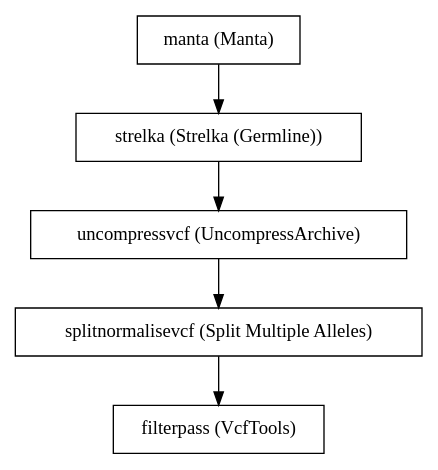
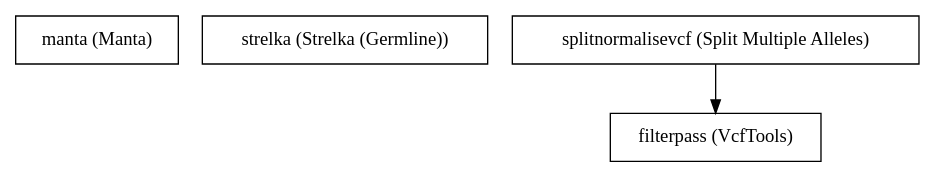
One commit to PMCC-BioinformaticsCore/janis changed the diagram in docs/tools/bioinformatics/variant callers/strelkaGermlineVariantCaller_v0_1_1.dot. Above: the diagram before and after it, drawn with Graphviz. The commit also changed 659 other files, not shown here.

```diff
--- a/docs/tools/bioinformatics/variant callers/strelkaGermlineVariantCaller_v0_1_1.dot
+++ b/docs/tools/bioinformatics/variant callers/strelkaGermlineVariantCaller_v0_1_1.dot
@@ -1,13 +1,9 @@
 // Strelka Germline Variant Caller
 digraph strelkaGermlineVariantCaller {
 	node [shape=record]
 	manta [label="manta (Manta)"]
 	strelka [label="strelka (Strelka (Germline))"]
-	uncompressvcf [label="uncompressvcf (UncompressArchive)"]
 	splitnormalisevcf [label="splitnormalisevcf (Split Multiple Alleles)"]
 	filterpass [label="filterpass (VcfTools)"]
-	manta -> strelka
-	strelka -> uncompressvcf
-	uncompressvcf -> splitnormalisevcf
 	splitnormalisevcf -> filterpass
 }
```
